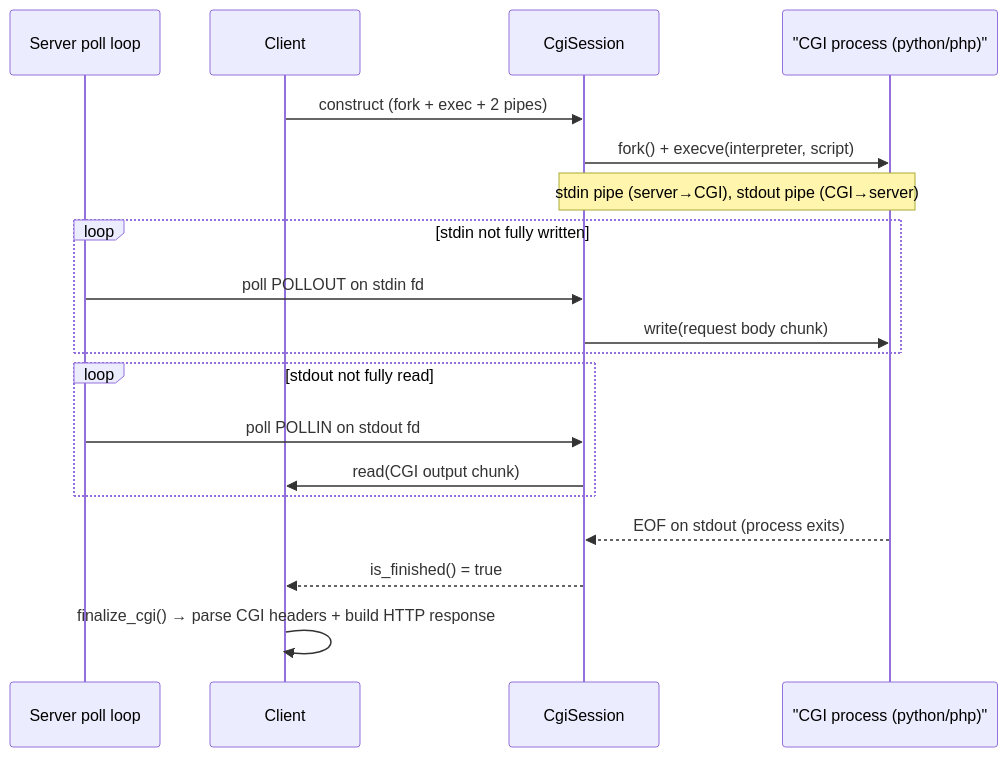
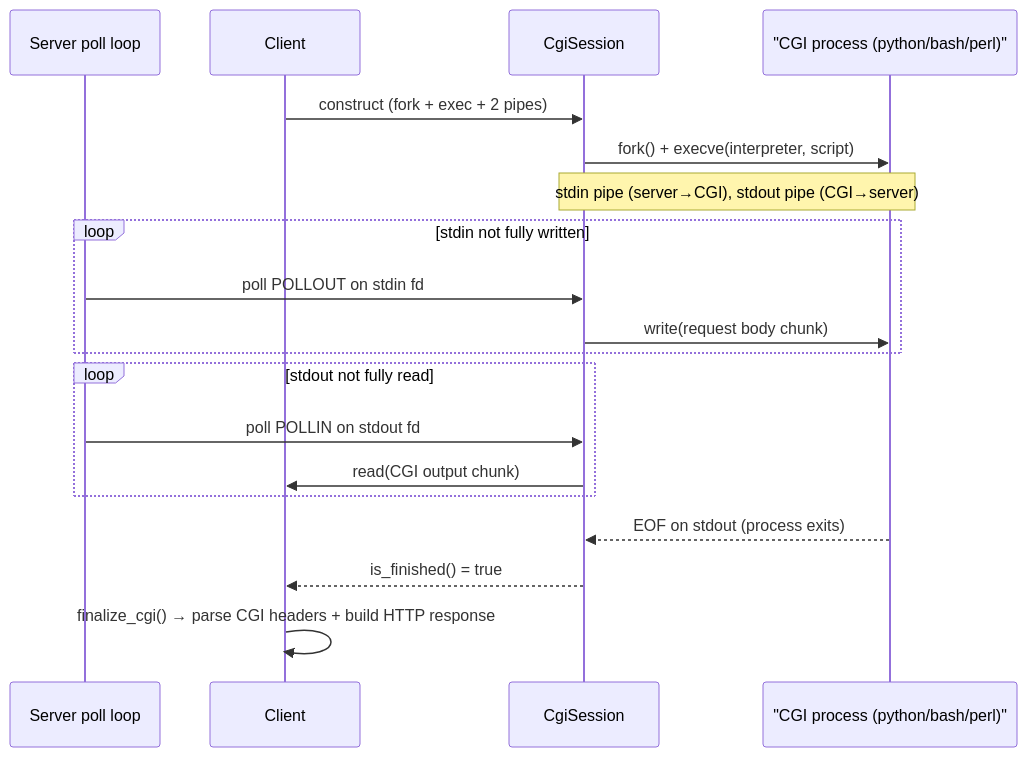
Before and after one commit to Ghazaleh-ans/webserv: the eighth of 8 diagrams in README.md, drawn with Mermaid. The commit also changed other lines of this file and 1 other file, not shown here.

````diff
--- a/README.md
+++ b/README.md
@@ -379,25 +386,25 @@
 ```mermaid
 sequenceDiagram
     participant S as Server poll loop
     participant C as Client
     participant CS as CgiSession
-    participant P as "CGI process (python/php)"
+    participant P as "CGI process (python/bash/perl)"
 
     C->>CS: construct (fork + exec + 2 pipes)
     CS->>P: fork() + execve(interpreter, script)
     Note over CS,P: stdin pipe (server→CGI), stdout pipe (CGI→server)
 
     loop stdin not fully written
         S->>CS: poll POLLOUT on stdin fd
         CS->>P: write(request body chunk)
     end
 
     loop stdout not fully read
         S->>CS: poll POLLIN on stdout fd
         CS->>C: read(CGI output chunk)
     end
 
     P-->>CS: EOF on stdout (process exits)
     CS-->>C: is_finished() = true
     C->>C: finalize_cgi() → parse CGI headers + build HTTP response
 ```
````
